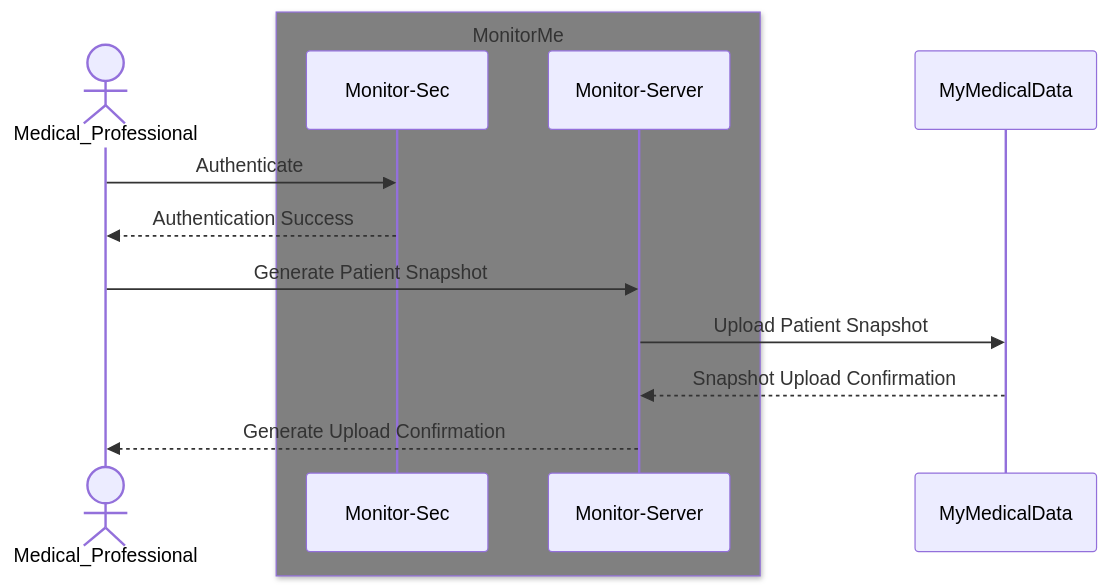
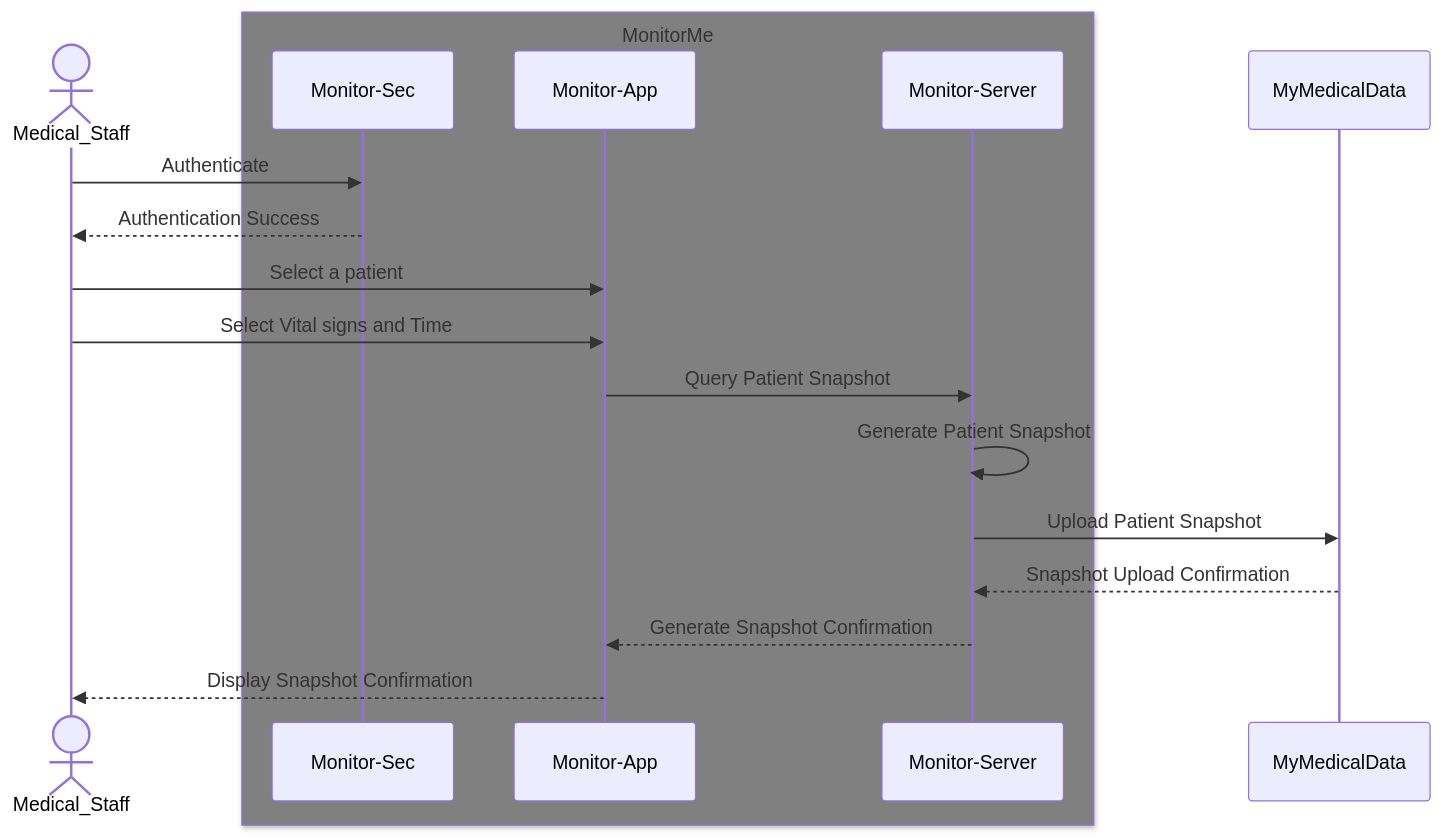
One commit to gael-jurin/ARTIK changed the second of 4 diagrams in 2.DetailedSolution/2.ProposedScenarios.md. Above: the diagram before and after it, drawn with Mermaid. The commit also changed other lines of this file, not shown here.

````diff
--- a/2.DetailedSolution/2.ProposedScenarios.md
+++ b/2.DetailedSolution/2.ProposedScenarios.md
@@ -89,15 +89,20 @@
 ```mermaid
 sequenceDiagram
-    actor Medical_Professional
+    actor Medical_Staff
     box Gray MonitorMe
     participant Monitor-Sec
+    participant Monitor-App
     participant Monitor-Server
     end
     participant MyMedicalData
-    Medical_Professional ->> Monitor-Sec: Authenticate
-    Monitor-Sec -->> Medical_Professional: Authentication Success
-    Medical_Professional ->> Monitor-Server: Generate Patient Snapshot
+    Medical_Staff ->> Monitor-Sec: Authenticate
+    Monitor-Sec -->> Medical_Staff: Authentication Success
+    Medical_Staff ->> Monitor-App:  Select a patient
+    Medical_Staff ->> Monitor-App:  Select Vital signs and Time
+    Monitor-App ->> Monitor-Server: Query Patient Snapshot
+    Monitor-Server ->> Monitor-Server: Generate Patient Snapshot
     Monitor-Server ->> MyMedicalData: Upload Patient Snapshot
     MyMedicalData -->> Monitor-Server: Snapshot Upload Confirmation
-    Monitor-Server -->> Medical_Professional: Generate Upload Confirmation
+    Monitor-Server -->> Monitor-App: Generate Snapshot Confirmation
+    Monitor-App -->> Medical_Staff: Display Snapshot Confirmation
 ```
````
